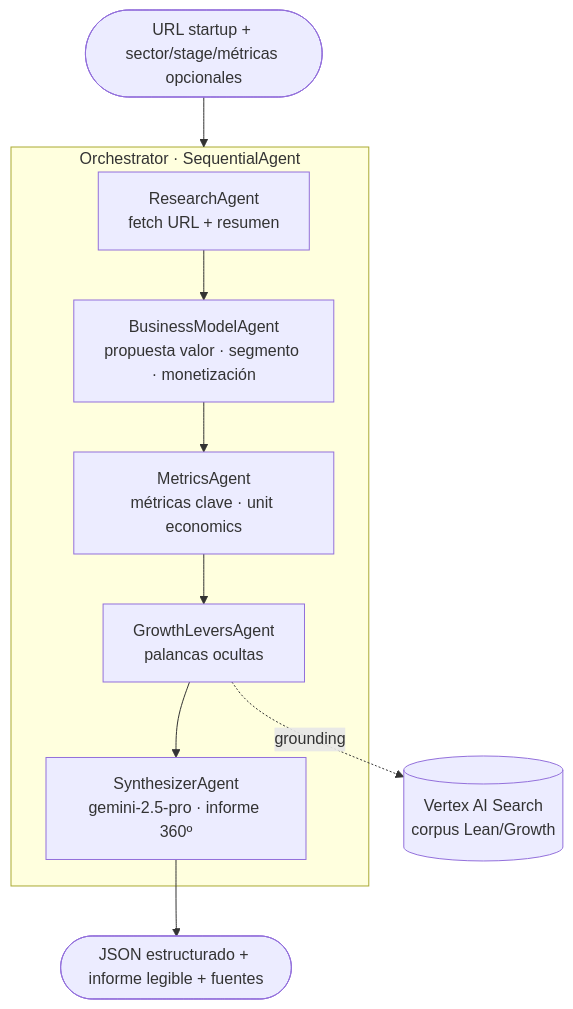
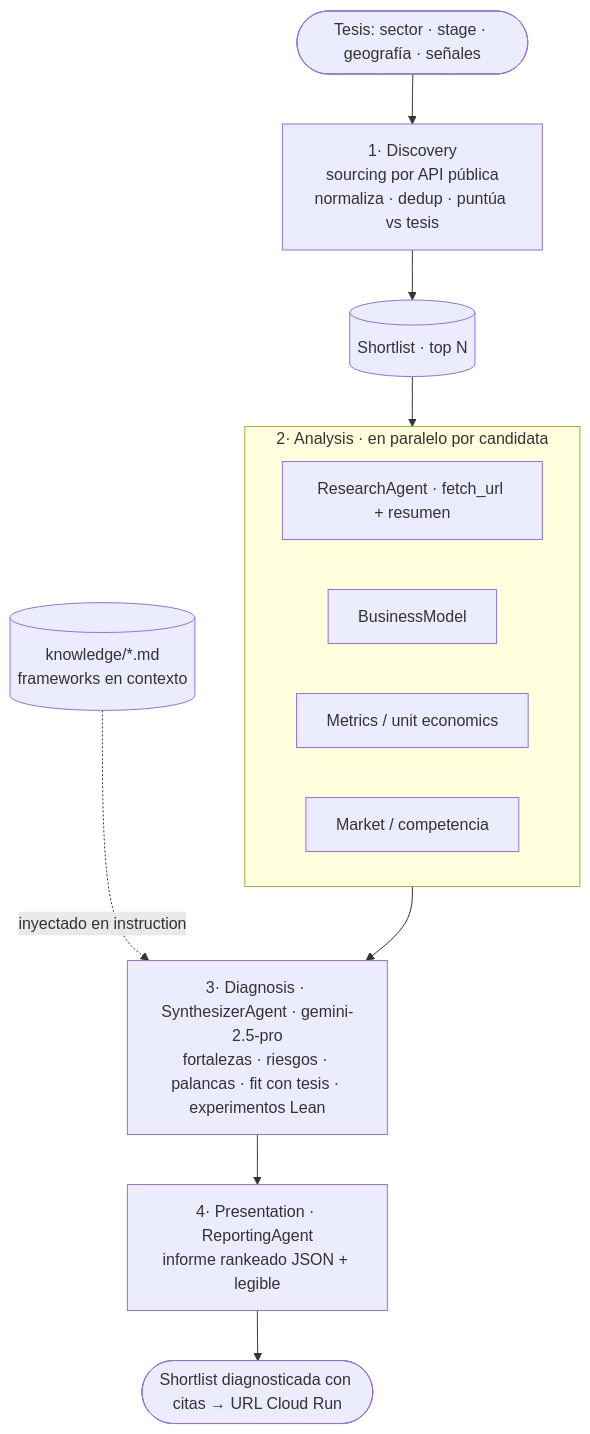
The diagram in README.md (brunodpl/startups-agents-gcp), drawn with Mermaid before and after one commit. The commit also changed other lines of this file and 9 other files, not shown here.

First line of the commit message:
refactor: switch to v2 architecture (thesis -> diagnosed shortlist)

````diff
--- a/README.md
+++ b/README.md
@@ -36,14 +38,16 @@
 ```mermaid
 flowchart TD
-    IN([URL startup + sector/stage/métricas opcionales]) --> ORCH
-
-    subgraph ORCH[Orchestrator · SequentialAgent]
-        R[ResearchAgent<br/>fetch URL + resumen] --> BM[BusinessModelAgent<br/>propuesta valor · segmento · monetización]
-        BM --> MET[MetricsAgent<br/>métricas clave · unit economics]
-        MET --> GL[GrowthLeversAgent<br/>palancas ocultas]
-        GL --> SY[SynthesizerAgent<br/>gemini-2.5-pro · informe 360º]
+    TH([Tesis: sector · stage · geografía · señales]) --> DISC
+    DISC[1· Discovery<br/>sourcing por API pública<br/>normaliza · dedup · puntúa vs tesis] --> SL[(Shortlist · top N)]
+    SL --> ANA
+    subgraph ANA[2· Analysis · en paralelo por candidata]
+      RES[ResearchAgent · fetch_url + resumen]
+      BM[BusinessModel]
+      MET[Metrics / unit economics]
+      MK[Market / competencia]
     end
-
-    GL -. grounding .-> VS[(Vertex AI Search<br/>corpus Lean/Growth)]
-    SY --> OUT([JSON estructurado + informe legible + fuentes])
+    ANA --> DIAG[3· Diagnosis · SynthesizerAgent · gemini-2.5-pro<br/>fortalezas · riesgos · palancas · fit con tesis · experimentos Lean]
+    KN[(knowledge/*.md<br/>frameworks en contexto)] -. inyectado en instruction .-> DIAG
+    DIAG --> REP[4· Presentation · ReportingAgent<br/>informe rankeado JSON + legible]
+    REP --> OUT([Shortlist diagnosticada con citas → URL Cloud Run])
 ```
````
